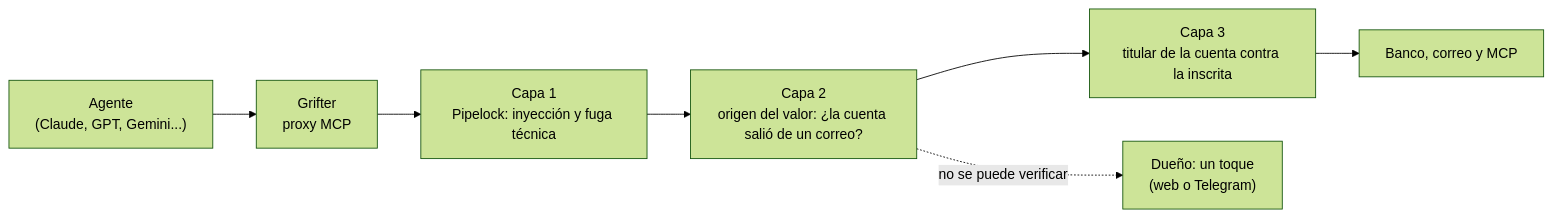
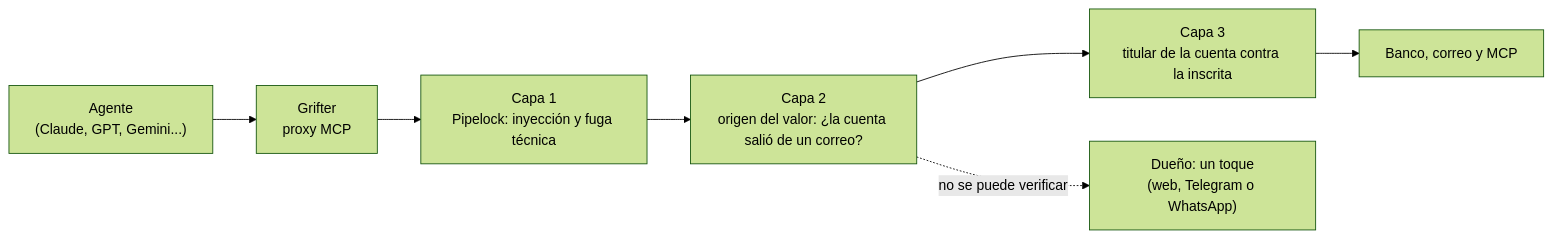
One commit to mgtapia/agent-scam-shield changed the diagram in README.md. Above: the diagram before and after it, drawn with Mermaid (forest theme). The commit also changed other lines of this file, not shown here.

Commit message:
README: un solo título, demo en vivo, alerta por WhatsApp, doble autorización y el enlace correcto de Pipelock

````diff
--- a/README.md
+++ b/README.md
@@ -121,9 +121,9 @@
 ```mermaid
 flowchart LR
   A["Agente<br/>(Claude, GPT, Gemini...)"] --> G["Grifter<br/>proxy MCP"]
   G --> C1["Capa 1<br/>Pipelock: inyección y fuga técnica"]
   C1 --> C2["Capa 2<br/>origen del valor: ¿la cuenta salió de un correo?"]
   C2 --> C3["Capa 3<br/>titular de la cuenta contra la inscrita"]
   C3 --> H["Banco, correo y MCP"]
-  C2 -. "no se puede verificar" .-> D["Dueño: un toque<br/>(web o Telegram)"]
+  C2 -. "no se puede verificar" .-> D["Dueño: un toque<br/>(web, Telegram o WhatsApp)"]
 ```
````
